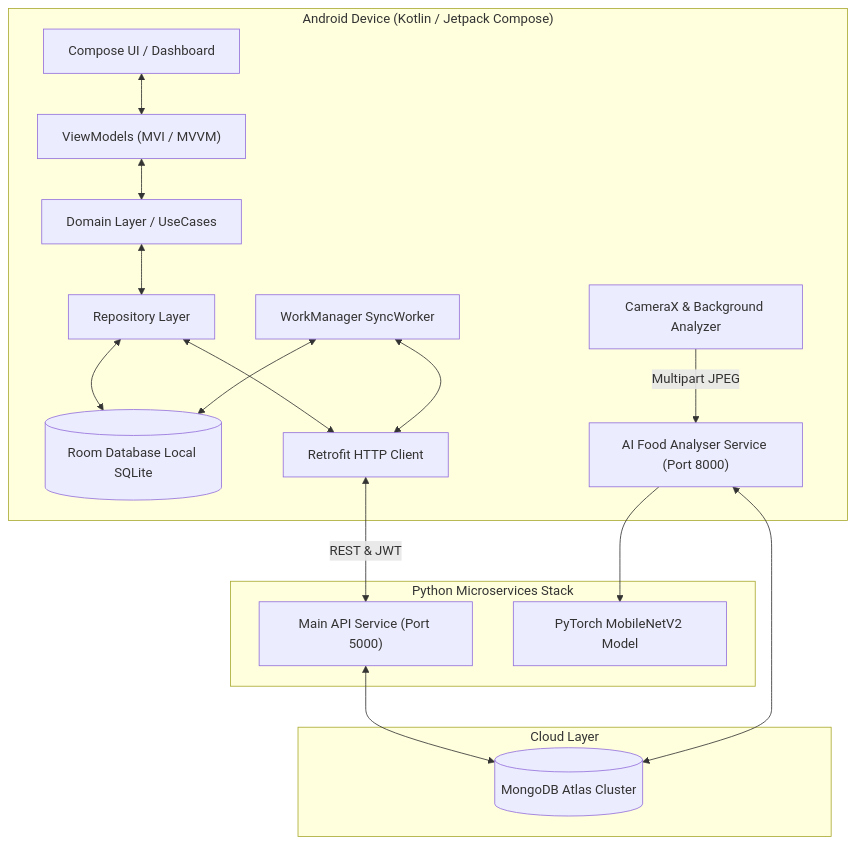
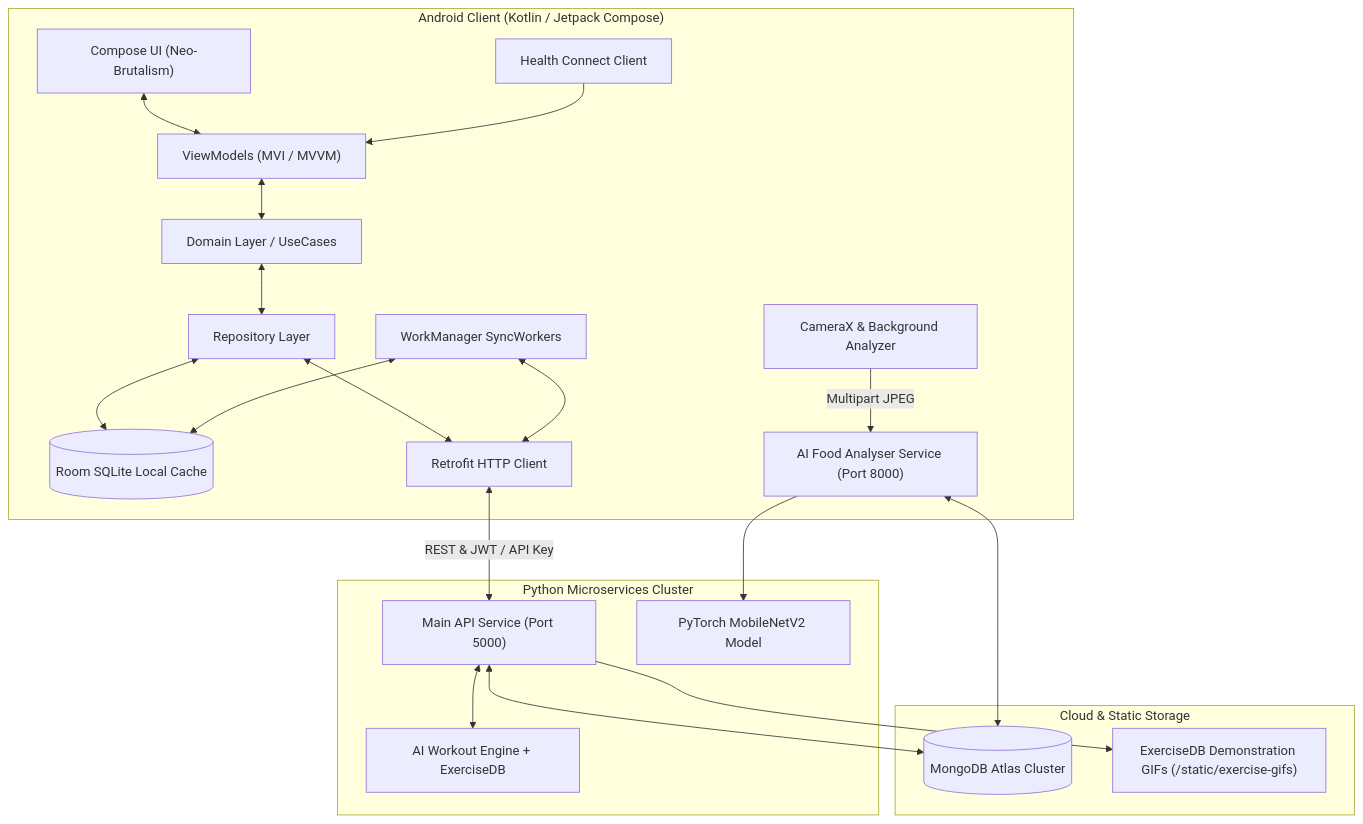
One commit to Ashu-sosuke/FitStore changed the diagram in README.md. Above: the diagram before and after it, drawn with Mermaid. The commit also changed other lines of this file and 166 other files, not shown here.

````diff
--- a/README.md
+++ b/README.md
@@ -15,28 +33,33 @@
 ```mermaid
 graph TD
-    subgraph AndroidApp ["Android Device (Kotlin / Jetpack Compose)"]
-        UI["Compose UI / Dashboard"] <--> VM["ViewModels (MVI / MVVM)"]
+    subgraph AndroidApp ["Android Client (Kotlin / Jetpack Compose)"]
+        UI["Compose UI (Neo-Brutalism)"] <--> VM["ViewModels (MVI / MVVM)"]
         VM <--> Domain["Domain Layer / UseCases"]
         Domain <--> Repo["Repository Layer"]
-        Repo <--> Room[("Room Database Local SQLite")]
+        Repo <--> Room[("Room SQLite Local Cache")]
         Repo <--> Retrofit["Retrofit HTTP Client"]
-        WM["WorkManager SyncWorker"] <--> Room
+        WM["WorkManager SyncWorkers"] <--> Room
         WM <--> Retrofit
         Cam["CameraX & Background Analyzer"] -- "Multipart JPEG" --> FoodAPI
+        HC["Health Connect Client"] --> VM
     end
 
-    subgraph Backend ["Python Microservices Stack"]
+    subgraph Backend ["Python Microservices Cluster"]
         MainAPI["Main API Service (Port 5000)"]
         FoodAPI["AI Food Analyser Service (Port 8000)"]
+        AIPlanner["AI Workout Engine + ExerciseDB"]
         PyTorch["PyTorch MobileNetV2 Model"]
     end
 
-    subgraph Database ["Cloud Layer"]
+    subgraph Database ["Cloud & Static Storage"]
         Mongo[("MongoDB Atlas Cluster")]
+        StaticGIFs["ExerciseDB Demonstration GIFs (/static/exercise-gifs)"]
     end
 
-    Retrofit <-->|"REST & JWT"| MainAPI
+    Retrofit <-->|"REST & JWT / API Key"| MainAPI
+    MainAPI <--> AIPlanner
     MainAPI <--> Mongo
+    MainAPI --> StaticGIFs
     FoodAPI --> PyTorch
     FoodAPI <--> Mongo
 ```
````
